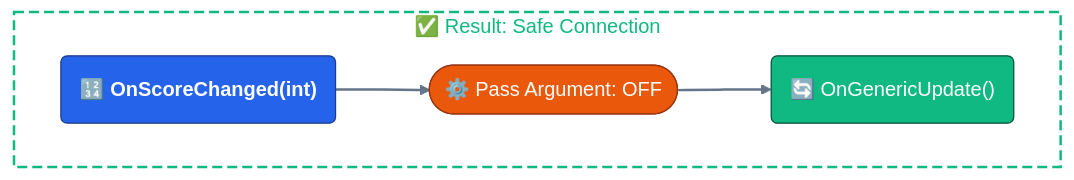
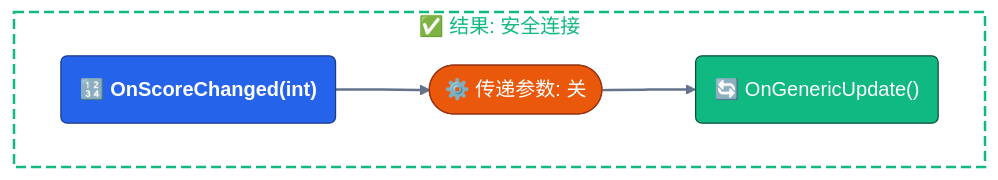
Before and after one commit to tinygiants-tech/TinyGiants: the third of 3 diagrams in i18n/zh/docusaurus-plugin-content-docs/current/game-event-system/flow-graph/game-event-node-connector.md, drawn with Mermaid. The commit also changed other lines of this file and 4 other files, not shown here.

Commit message:
修复文档页图像高亮的样式丢失问题

````diff
--- a/i18n/zh/docusaurus-plugin-content-docs/current/game-event-system/flow-graph/game-event-node-connector.md
+++ b/i18n/zh/docusaurus-plugin-content-docs/current/game-event-system/flow-graph/game-event-node-connector.md
@@ -188,17 +185,17 @@
 ```mermaid
 graph LR
 
-    subgraph Title ["<span style='color:#10b981'>✅ Result: Safe Connection</span>"]
+    subgraph Title ["<span style='color:#10b981'>✅ 结果: 安全连接</span>"]
         direction LR
-        A("🔢 OnScoreChanged(int)"):::event --> B(["⚙️ Pass Argument: OFF"]):::setting
+        A("🔢 OnScoreChanged(int)"):::event --> B(["⚙️ 传递参数: 关"]):::setting
         B --> C("🔄 OnGenericUpdate()"):::action
     end
 
     classDef event fill:#2563eb,stroke:#1e3a8a,color:#ffffff,font-weight:bold
     classDef setting fill:#ea580c,stroke:#9a3412,color:#ffffff
     classDef action fill:#10b981,stroke:#064e3b,color:#ffffff
     
     style Title fill:none,stroke:#10b981,stroke-width:2px,stroke-dasharray: 8 4
 
     linkStyle default stroke:#64748b,stroke-width:2px
 ```
````
